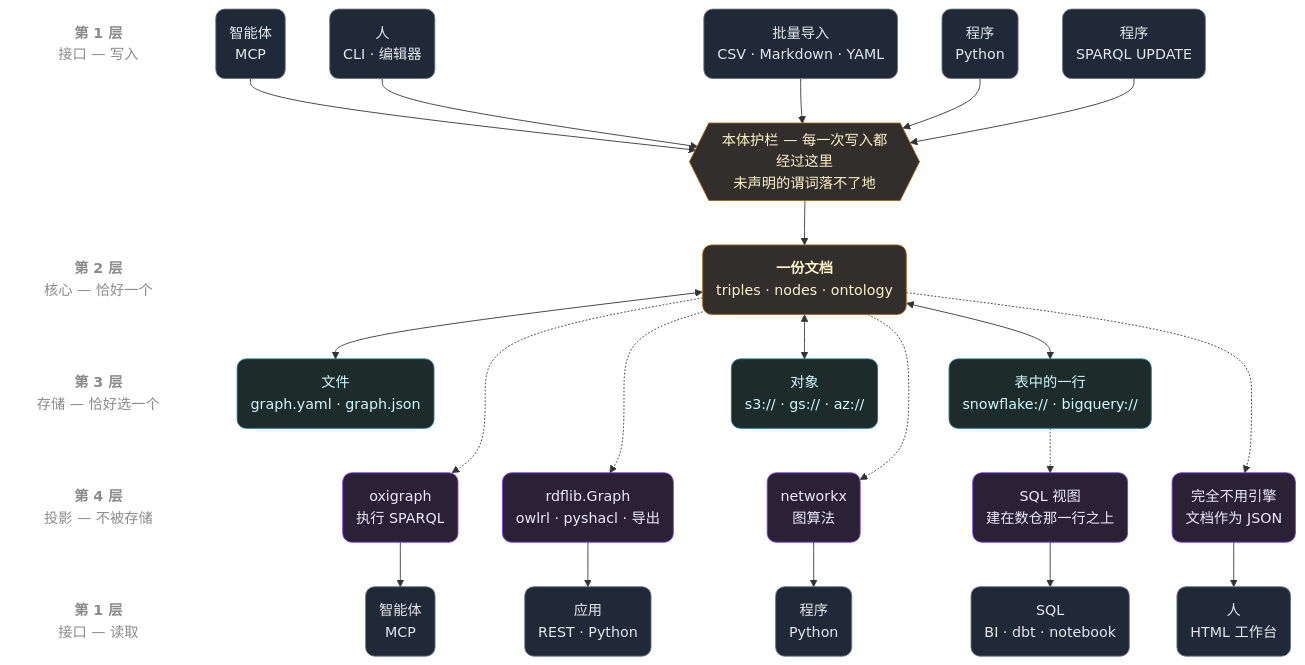
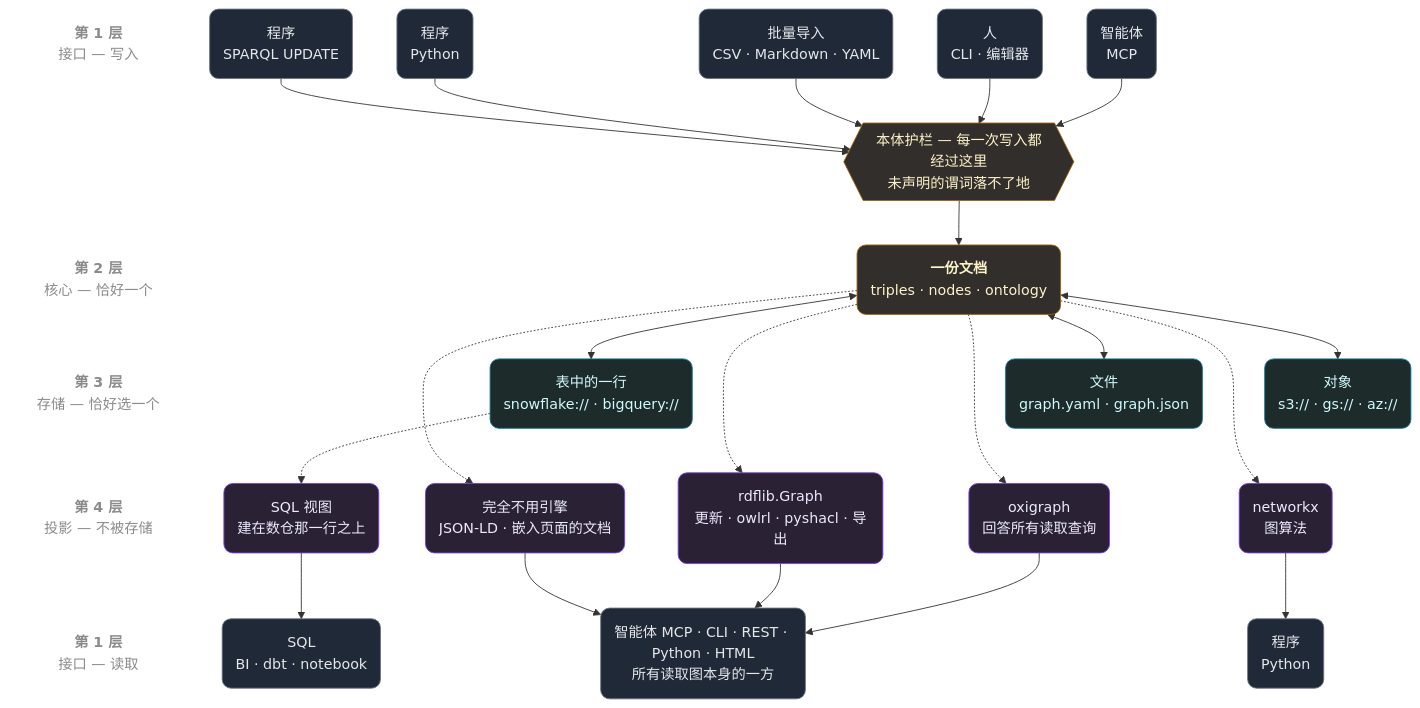
Before and after one commit to RyutoYoda/trikedb: the first of 3 diagrams in docs/ARCHITECTURE_zh.md, drawn with Mermaid. The commit also changed other lines of this file and 7 other files, not shown here.

````diff
--- a/docs/ARCHITECTURE_zh.md
+++ b/docs/ARCHITECTURE_zh.md
@@ -9,66 +9,64 @@
 ```mermaid
 flowchart TB
     LA["<b>第 1 层</b><br/>接口 — 写入"]
     LG[" "]
     LB["<b>第 2 层</b><br/>核心 — 恰好一个"]
     LC["<b>第 3 层</b><br/>存储 — 恰好选一个"]
     LD["<b>第 4 层</b><br/>投影 — 不被存储"]
     LE["<b>第 1 层</b><br/>接口 — 读取"]
     LA ~~~ LG ~~~ LB ~~~ LC ~~~ LD ~~~ LE
 
     WA("智能体<br/>MCP")
     WC("人<br/>CLI · 编辑器")
     WI("批量导入<br/>CSV · Markdown · YAML")
     WP("程序<br/>Python")
     WU("程序<br/>SPARQL UPDATE")
     G{{"本体护栏 — 每一次写入都经过这里<br/>未声明的谓词落不了地"}}
     C("<b>一份文档</b><br/>triples · nodes · ontology")
     SF("文件<br/>graph.yaml · graph.json")
     SO("对象<br/>s3:// · gs:// · az://")
     SW("表中的一行<br/>snowflake:// · bigquery://")
-    PO("oxigraph<br/>执行 SPARQL")
-    PR("rdflib.Graph<br/>owlrl · pyshacl · 导出")
+    PO("oxigraph<br/>回答所有读取查询")
+    PR("rdflib.Graph<br/>更新 · owlrl · pyshacl · 导出")
     PN("networkx<br/>图算法")
     PV("SQL 视图<br/>建在数仓那一行之上")
-    PD("完全不用引擎<br/>文档作为 JSON")
-    RA("智能体<br/>MCP")
-    RP("应用<br/>REST · Python")
+    PD("完全不用引擎<br/>JSON-LD · 嵌入页面的文档")
+    RQ("智能体 MCP · CLI · REST · Python · HTML<br/>所有读取图本身的一方")
     RG("程序<br/>Python")
     RS("SQL<br/>BI · dbt · notebook")
-    RH("人<br/>HTML 工作台")
 
     WA --> G
     WC --> G
     WI --> G
     WP --> G
     WU --> G
     G --> C
     C <--> SF
     C <--> SO
     C <--> SW
     SF ~~~ PO
     SF ~~~ PR
     SO ~~~ PN
     SW -.-> PV
     SW ~~~ PD
     C -.-> PO
     C -.-> PR
     C -.-> PN
     C -.-> PD
-    PO --> RA
-    PR --> RP
+    PO --> RQ
+    PR --> RQ
     PN --> RG
     PV --> RS
-    PD --> RH
+    PD --> RQ
 
     classDef lbl fill:none,stroke:none,color:#8b8b8b
     classDef iface fill:#1f2937,stroke:#6b7280,color:#e5e7eb,rx:10,ry:10
     classDef core fill:#312e2b,stroke:#a16207,color:#fef3c7,rx:10,ry:10
     classDef store fill:#1e2b2b,stroke:#0e7490,color:#cffafe,rx:10,ry:10
     classDef proj fill:#2a2135,stroke:#7c3aed,color:#ede9fe,rx:10,ry:10
     class LA,LG,LB,LC,LD,LE lbl
-    class WA,WC,WI,WP,WU,RA,RP,RG,RS,RH iface
+    class WA,WC,WI,WP,WU,RQ,RG,RS iface
     class C,G core
     class SF,SO,SW store
     class PO,PR,PN,PV,PD proj
 ```
````
